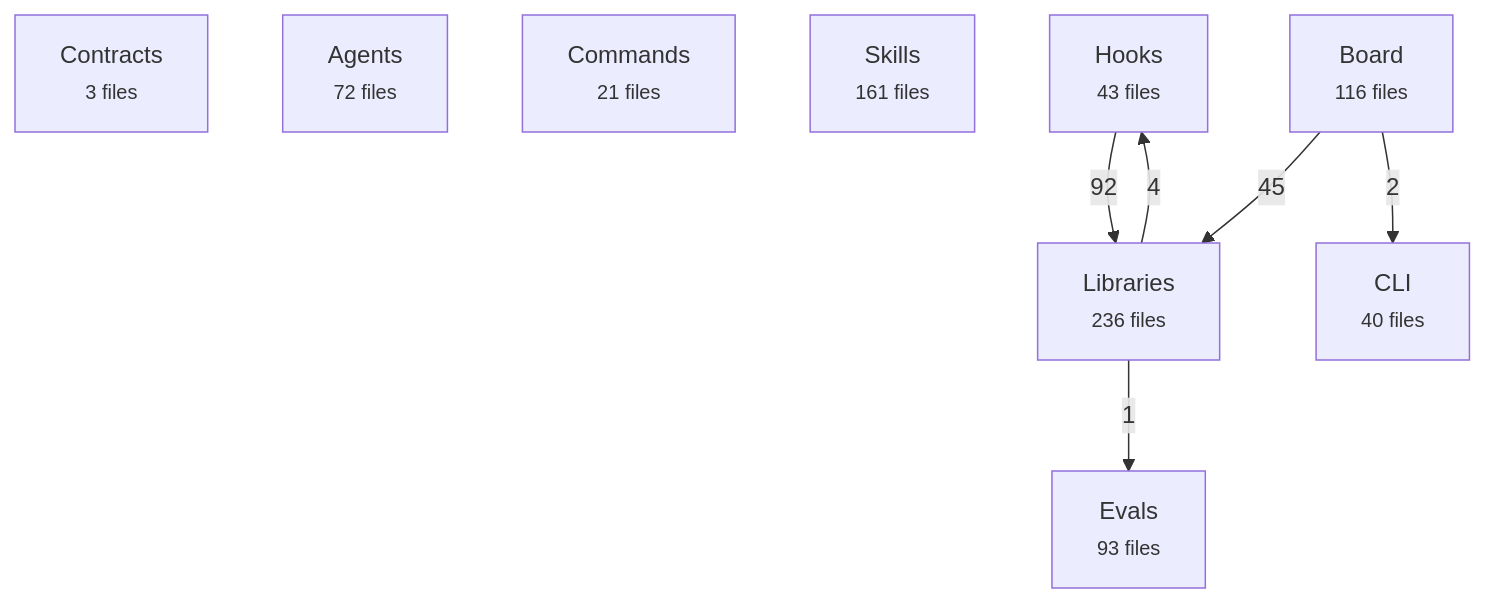
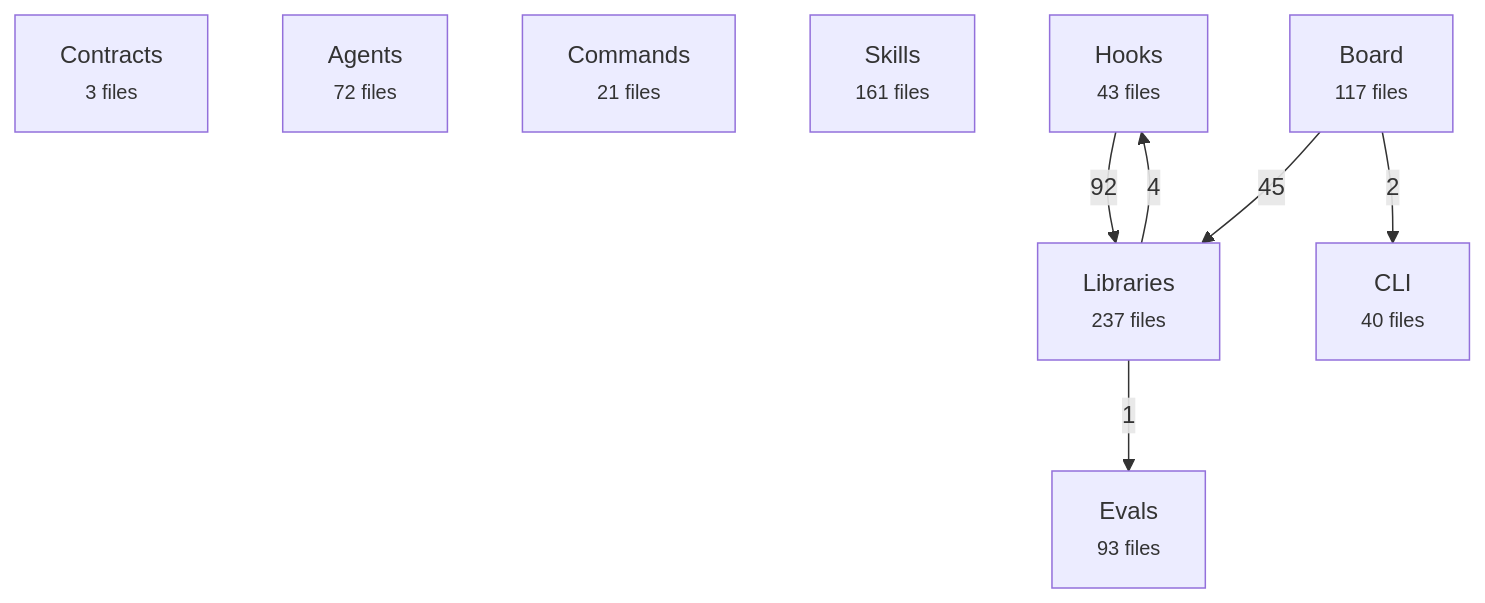
Before and after one commit to avelikiy/great_cto: the first of 2 diagrams in docs/reference/architecture-map.md, drawn with Mermaid. The commit also changed other lines of this file and 21 other files, not shown here.

Commit message:
feat(board): record causal execution graphs for controlled runs

````diff
--- a/docs/reference/architecture-map.md
+++ b/docs/reference/architecture-map.md
@@ -20,17 +20,17 @@
 ```mermaid
 flowchart TD
   contracts["Contracts<br/><small>3 files</small>"]
   agents["Agents<br/><small>72 files</small>"]
   commands["Commands<br/><small>21 files</small>"]
   skills["Skills<br/><small>161 files</small>"]
   hooks["Hooks<br/><small>43 files</small>"]
-  libs["Libraries<br/><small>236 files</small>"]
-  board["Board<br/><small>116 files</small>"]
+  libs["Libraries<br/><small>237 files</small>"]
+  board["Board<br/><small>117 files</small>"]
   cli["CLI<br/><small>40 files</small>"]
   evals["Evals<br/><small>93 files</small>"]
   hooks -->|92| libs
   board -->|45| libs
   libs -->|4| hooks
   board -->|2| cli
   libs -->|1| evals
 ```
````
